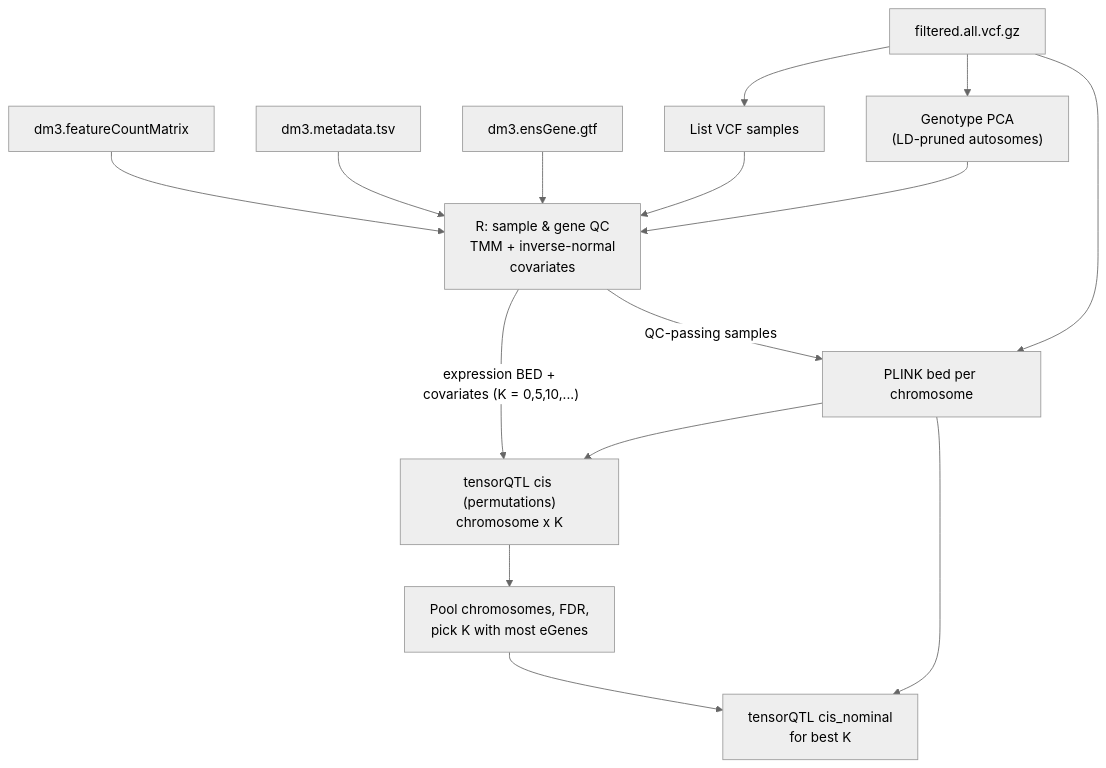
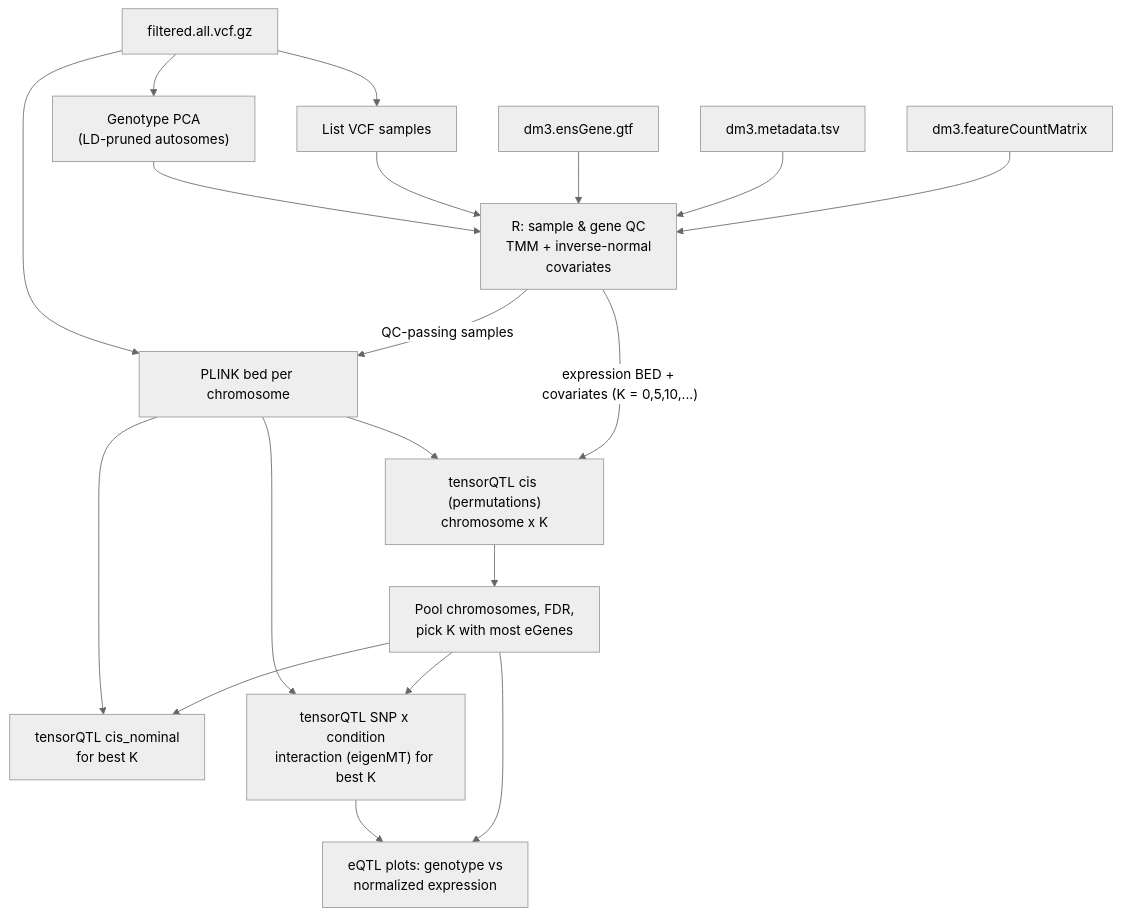
The diagram in README.md (connor122721/nf-fly-eqtls), drawn with Mermaid (neutral theme) before and after one commit. The commit also changed other lines of this file and 9 other files, not shown here.

First line of the commit message:
Add SNP x condition interaction model and eQTL plots

````diff
--- a/README.md
+++ b/README.md
@@ -11,17 +11,21 @@
 ```mermaid
 flowchart TD
     V["filtered.all.vcf.gz"] --> S["List VCF samples"]
     V --> P["Genotype PCA<br/>(LD-pruned autosomes)"]
     C["dm3.featureCountMatrix"] --> R["R: sample & gene QC<br/>TMM + inverse-normal<br/>covariates"]
     M["dm3.metadata.tsv"] --> R
     G["dm3.ensGene.gtf"] --> R
     S --> R
     P --> R
     R -- "QC-passing samples" --> B["PLINK bed per chromosome"]
     V --> B
     R -- "expression BED + covariates (K = 0,5,10,...)" --> T["tensorQTL cis (permutations)<br/>chromosome x K"]
     B --> T
     T --> Z["Pool chromosomes, FDR,<br/>pick K with most eGenes"]
     Z --> N["tensorQTL cis_nominal<br/>for best K"]
     B --> N
+    Z --> I["tensorQTL SNP x condition<br/>interaction (eigenMT) for best K"]
+    B --> I
+    Z --> F["eQTL plots: genotype vs<br/>normalized expression"]
+    I --> F
 ```
````
